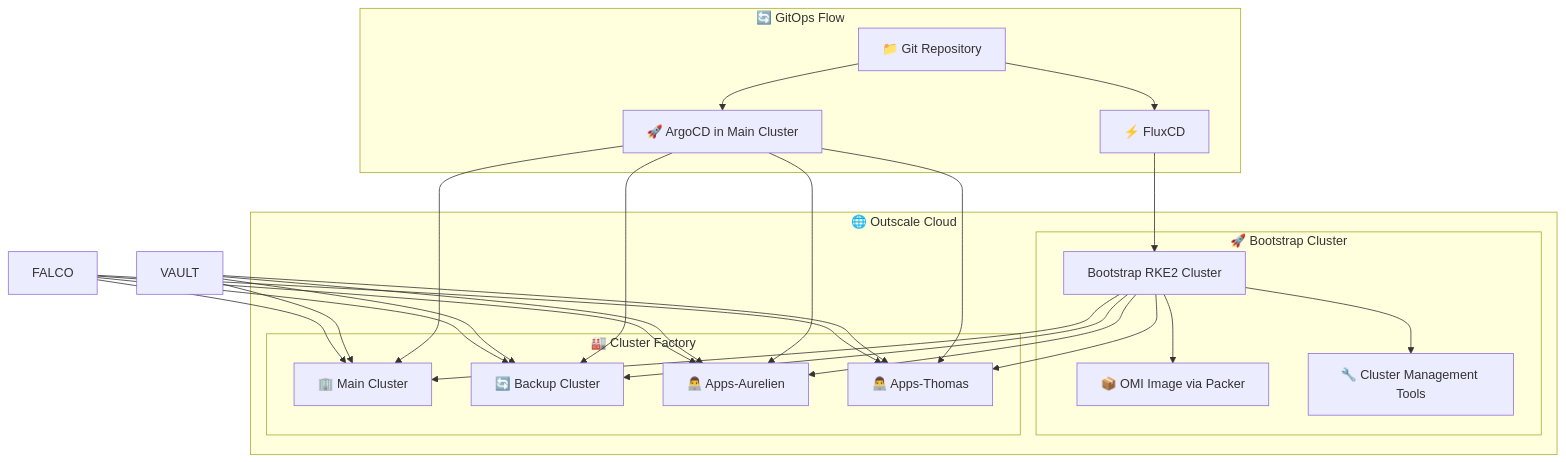
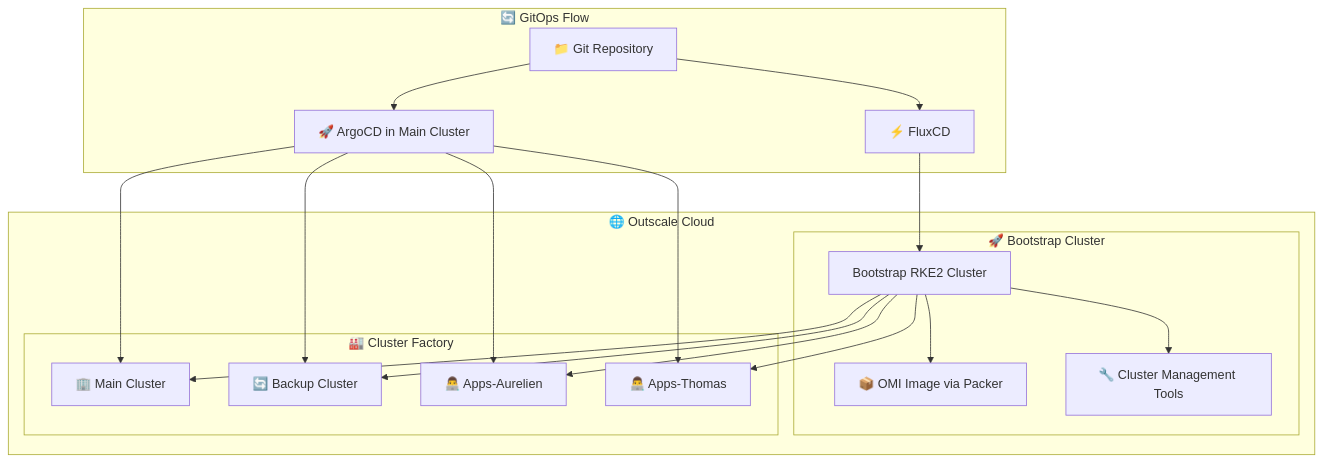
Before and after one commit to KubLand/.github: the diagram in profile/README.md, drawn with Mermaid.

Commit message:
docs: update schema

````diff
--- a/profile/README.md
+++ b/profile/README.md
@@ -30,42 +30,33 @@
 ```mermaid
 graph TB
     subgraph "🌐 Outscale Cloud"
         subgraph "🚀 Bootstrap Cluster"
             BC[Bootstrap RKE2 Cluster]
             BC --> OMI[📦 OMI Image via Packer]
             BC --> TOOLS[🔧 Cluster Management Tools]
         end
 
         subgraph "🏭 Cluster Factory"
             BC --> MAIN[🏢 Main Cluster]
             BC --> BACKUP[🔄 Backup Cluster]
             BC --> AURELIEN[👨‍💻 Apps-Aurelien]
             BC --> THOMAS[👨‍💻 Apps-Thomas]
         end
     end
 
     subgraph "🔄 GitOps Flow"
         GIT[📁 Git Repository]
         ARGO[🚀 ArgoCD in Main Cluster]
         FLUX[⚡ FluxCD]
     end
 
 
     GIT --> ARGO
     GIT --> FLUX
     ARGO --> MAIN
     ARGO --> BACKUP
     ARGO --> AURELIEN
     ARGO --> THOMAS
     FLUX --> BC
 
-    VAULT --> MAIN
-    VAULT --> BACKUP
-    VAULT --> AURELIEN
-    VAULT --> THOMAS
-
-    FALCO --> MAIN
-    FALCO --> BACKUP
-    FALCO --> AURELIEN
-    FALCO --> THOMAS
 ```
````
